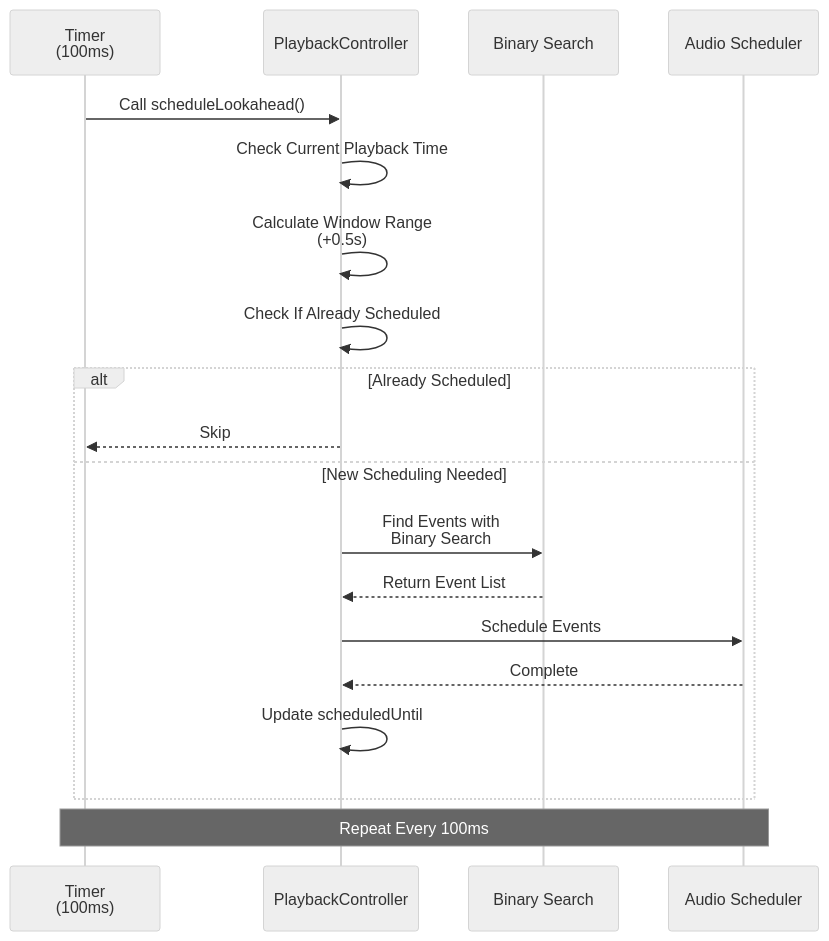
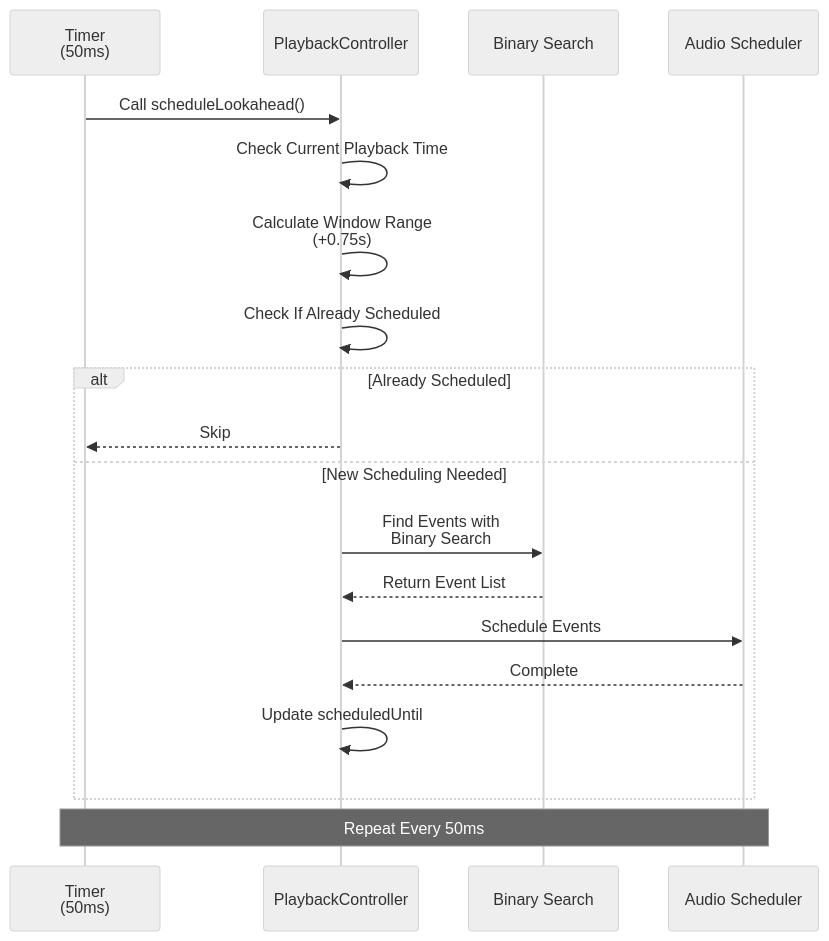
Before and after one commit to JaceDashS/online-sequencer: the third of 3 diagrams in docs/architecture/optimization-design/implementation-level/lookahead-scheduling.en.md, drawn with Mermaid (neutral theme). The commit also changed other lines of this file and 4 other files, not shown here.

````diff
--- a/docs/architecture/optimization-design/implementation-level/lookahead-scheduling.en.md
+++ b/docs/architecture/optimization-design/implementation-level/lookahead-scheduling.en.md
@@ -102,24 +102,24 @@
 ```mermaid
 sequenceDiagram
-    participant Timer as Timer<br/>(100ms)
+    participant Timer as Timer<br/>(50ms)
     participant Controller as PlaybackController
     participant Search as Binary Search
     participant Scheduler as Audio Scheduler
     
     Timer->>Controller: Call scheduleLookahead()
     Controller->>Controller: Check Current Playback Time
-    Controller->>Controller: Calculate Window Range<br/>(+0.5s)
+    Controller->>Controller: Calculate Window Range<br/>(+0.75s)
     Controller->>Controller: Check If Already Scheduled
     
     alt Already Scheduled
         Controller-->>Timer: Skip
     else New Scheduling Needed
         Controller->>Search: Find Events with<br/>Binary Search
         Search-->>Controller: Return Event List
         Controller->>Scheduler: Schedule Events
         Scheduler-->>Controller: Complete
         Controller->>Controller: Update scheduledUntil
     end
     
-    Note over Timer,Scheduler: Repeat Every 100ms
+    Note over Timer,Scheduler: Repeat Every 50ms
 ```
````
